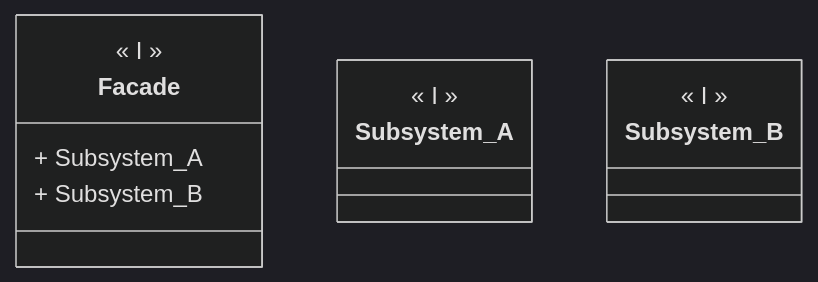
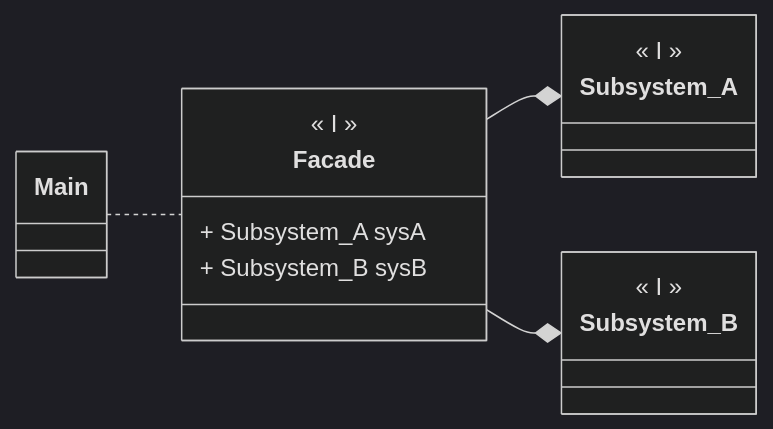
The diagram in data/Facade.md (angelromarco04/MyNotes), drawn with Mermaid (dark theme) before and after one commit. The commit also changed other lines of this file, not shown here.

````diff
--- a/data/Facade.md
+++ b/data/Facade.md
@@ -20,20 +20,22 @@
 ```mermaid
 classDiagram
-direction TB
+direction LR
 
-Facade
+Main .. Facade
+Facade --* Subsystem_A
+Facade --* Subsystem_B
 
 class Facade {
 	<< I >>
-	+ Subsystem_A 
-	+ Subsystem_B
+	+ Subsystem_A sysA
+	+ Subsystem_B sysB
 }
 
 class Subsystem_A {
 	<< I >>
 }
 
 class Subsystem_B {
 	<< I >>
 }
 ```
````
